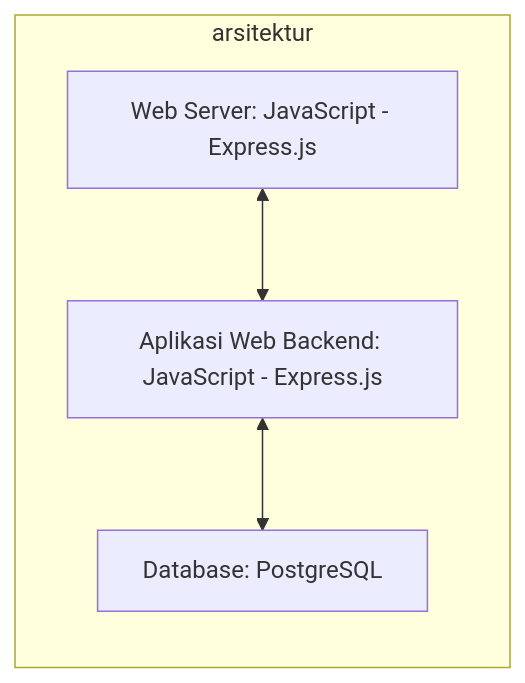
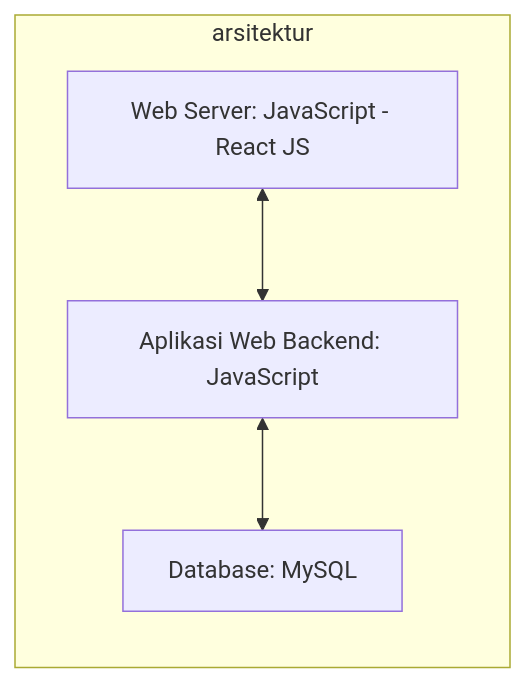
Before and after one commit to anandanovianshaf/dracoffee: the second of 2 diagrams in dracoffee-project-plan.md, drawn with Mermaid.

Commit message:
dracoffee-project-plan.md

````diff
--- a/dracoffee-project-plan.md
+++ b/dracoffee-project-plan.md
@@ -133,7 +133,7 @@
 ```mermaid
 flowchart BT 
   subgraph arsitektur
-    B[Web Server: JavaScript - Express.js] <--> C[Aplikasi Web Backend: JavaScript - Express.js] 
-    C <--> D[Database: PostgreSQL] 
+    B[Web Server: JavaScript - React JS] <--> C[Aplikasi Web Backend: JavaScript] 
+    C <--> D[Database: MySQL] 
   end
 ```
````
